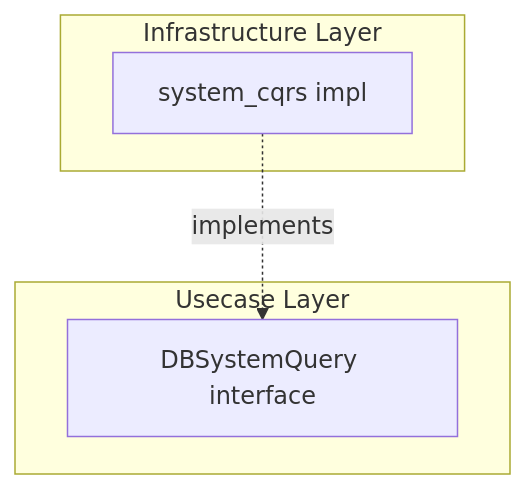
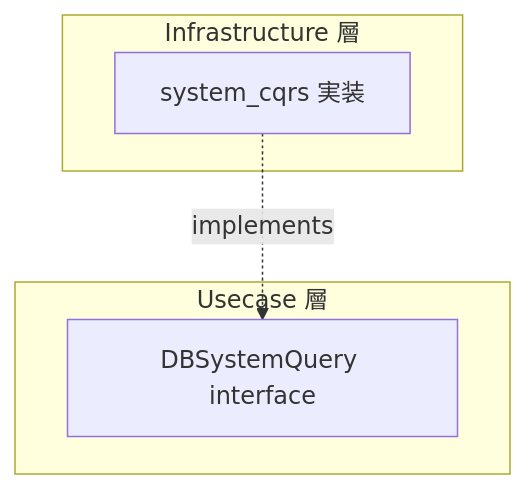
Before and after one commit to Tomy-ch/go-boilerplate: the diagram in internal/infrastructure/rdb/system_cqrs/README.md, drawn with Mermaid. The commit also changed other lines of this file and 970 other files, not shown here.

````diff
--- a/internal/infrastructure/rdb/system_cqrs/README.md
+++ b/internal/infrastructure/rdb/system_cqrs/README.md
@@ -9,11 +9,11 @@
 ```mermaid
 flowchart TB
-    subgraph "Usecase Layer"
+    subgraph "Usecase 層"
         SQIF["DBSystemQuery interface"]
     end
-    subgraph "Infrastructure Layer"
-        SQImpl["system_cqrs impl"]
+    subgraph "Infrastructure 層"
+        SQImpl["system_cqrs 実装"]
     end
 
     SQImpl -. implements .-> SQIF
 ```
````
